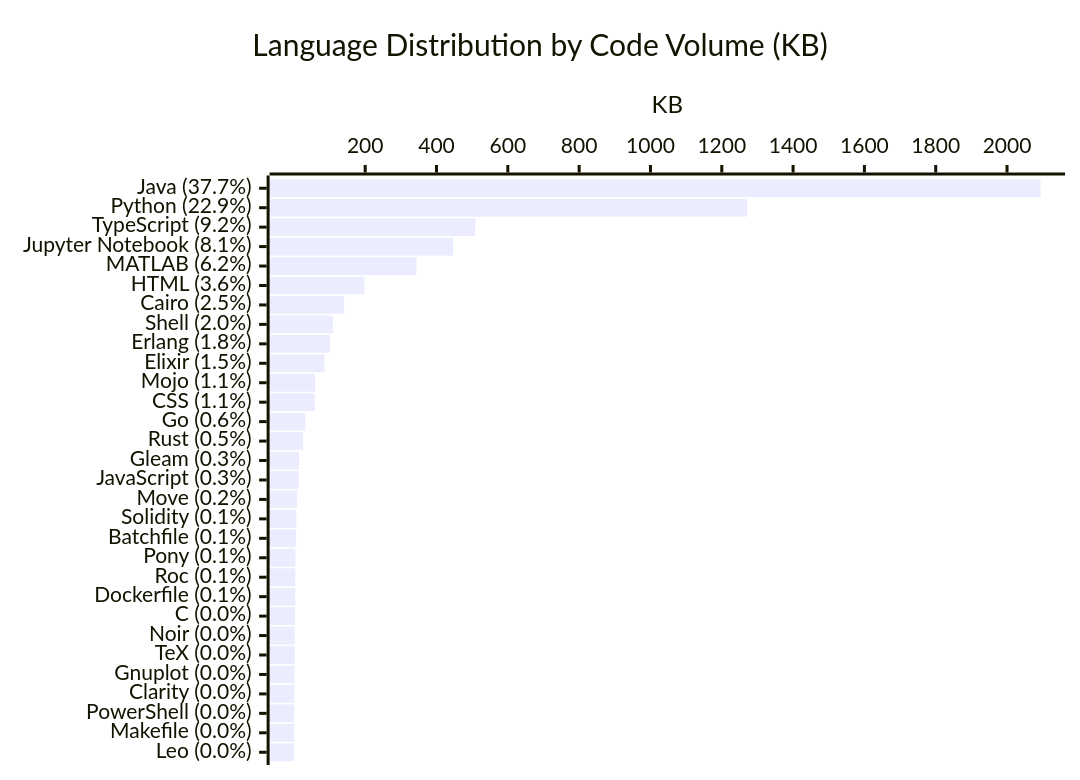
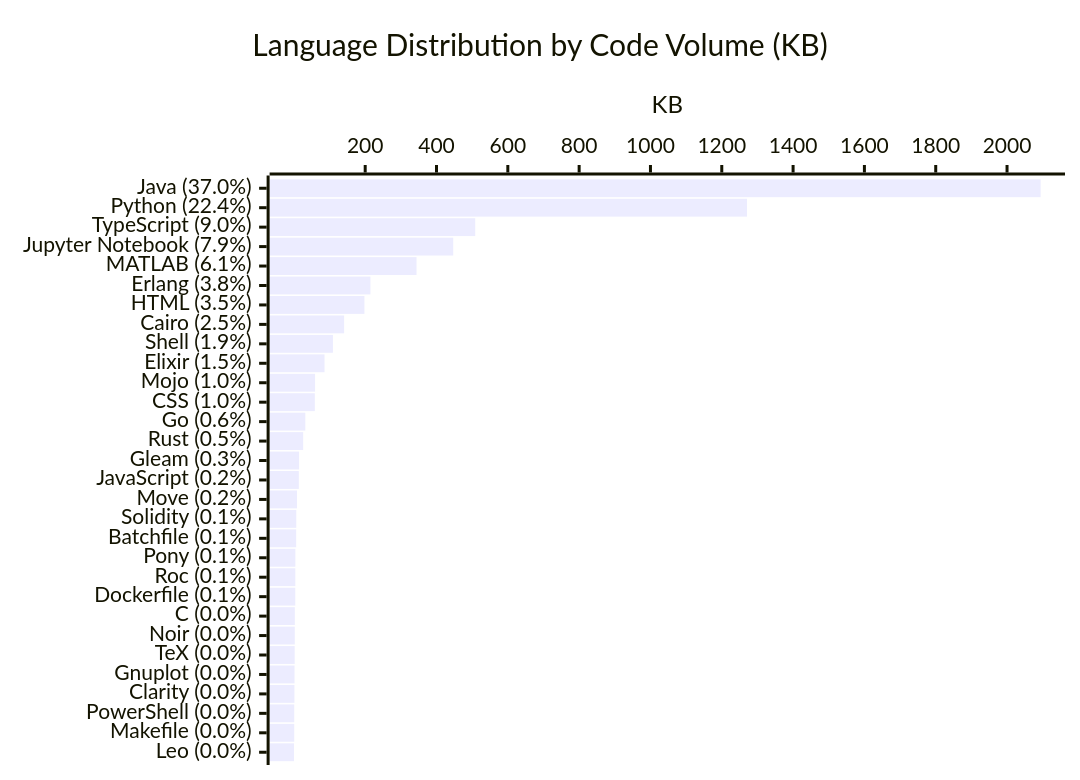
One commit to KathiraveluLab/.github changed the diagram in profile/README.md. Above: the diagram before and after it, drawn with Mermaid. The commit also changed other lines of this file and 1 other file, not shown here.

````diff
--- a/profile/README.md
+++ b/profile/README.md
@@ -65,7 +65,7 @@
 ```mermaid
 xychart-beta horizontal
     title "Language Distribution by Code Volume (KB)"
-    x-axis ["Java (37.7%)", "Python (22.9%)", "TypeScript (9.2%)", "Jupyter Notebook (8.1%)", "MATLAB (6.2%)", "HTML (3.6%)", "Cairo (2.5%)", "Shell (2.0%)", "Erlang (1.8%)", "Elixir (1.5%)", "Mojo (1.1%)", "CSS (1.1%)", "Go (0.6%)", "Rust (0.5%)", "Gleam (0.3%)", "JavaScript (0.3%)", "Move (0.2%)", "Solidity (0.1%)", "Batchfile (0.1%)", "Pony (0.1%)", "Roc (0.1%)", "Dockerfile (0.1%)", "C (0.0%)", "Noir (0.0%)", "TeX (0.0%)", "Gnuplot (0.0%)", "Clarity (0.0%)", "PowerShell (0.0%)", "Makefile (0.0%)", "Leo (0.0%)"]
+    x-axis ["Java (37.0%)", "Python (22.4%)", "TypeScript (9.0%)", "Jupyter Notebook (7.9%)", "MATLAB (6.1%)", "Erlang (3.8%)", "HTML (3.5%)", "Cairo (2.5%)", "Shell (1.9%)", "Elixir (1.5%)", "Mojo (1.0%)", "CSS (1.0%)", "Go (0.6%)", "Rust (0.5%)", "Gleam (0.3%)", "JavaScript (0.2%)", "Move (0.2%)", "Solidity (0.1%)", "Batchfile (0.1%)", "Pony (0.1%)", "Roc (0.1%)", "Dockerfile (0.1%)", "C (0.0%)", "Noir (0.0%)", "TeX (0.0%)", "Gnuplot (0.0%)", "Clarity (0.0%)", "PowerShell (0.0%)", "Makefile (0.0%)", "Leo (0.0%)"]
     y-axis "KB"
-    bar [2094.22, 1270.69, 508.57, 446.9, 343.93, 197.81, 140.83, 109.42, 101.29, 85.96, 59.44, 58.73, 32.03, 26.08, 14.6, 13.89, 8.83, 6.65, 6.48, 4.14, 4.09, 3.9, 2.58, 2.46, 2.29, 1.82, 1.53, 1.02, 0.99, 0.27]
+    bar [2094.22, 1270.69, 508.57, 446.9, 343.93, 214.61, 197.81, 140.83, 109.42, 85.96, 59.44, 58.73, 32.03, 26.08, 14.6, 13.89, 8.83, 6.65, 6.48, 4.14, 4.09, 3.9, 2.58, 2.46, 2.29, 1.82, 1.53, 1.02, 0.99, 0.27]
 ```
````
